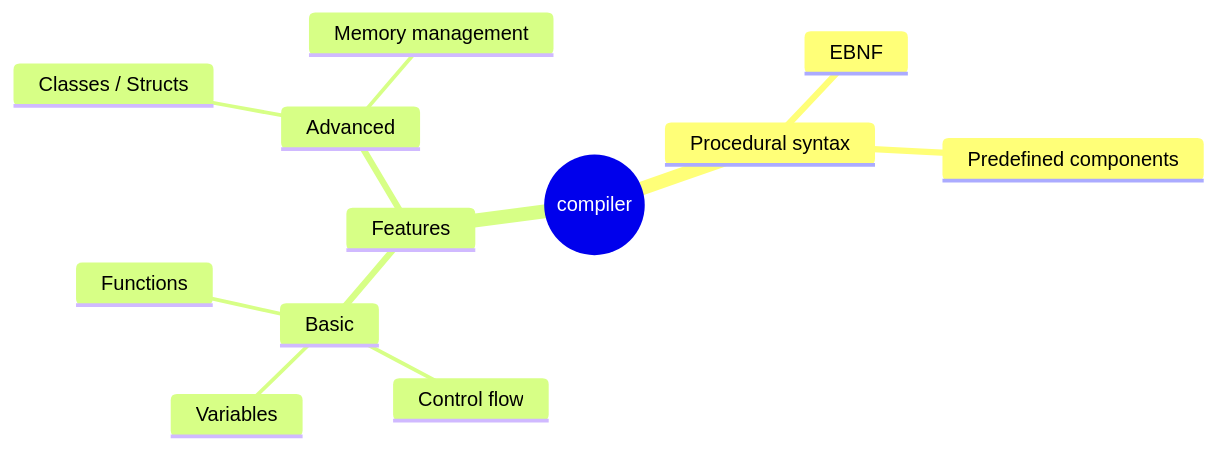
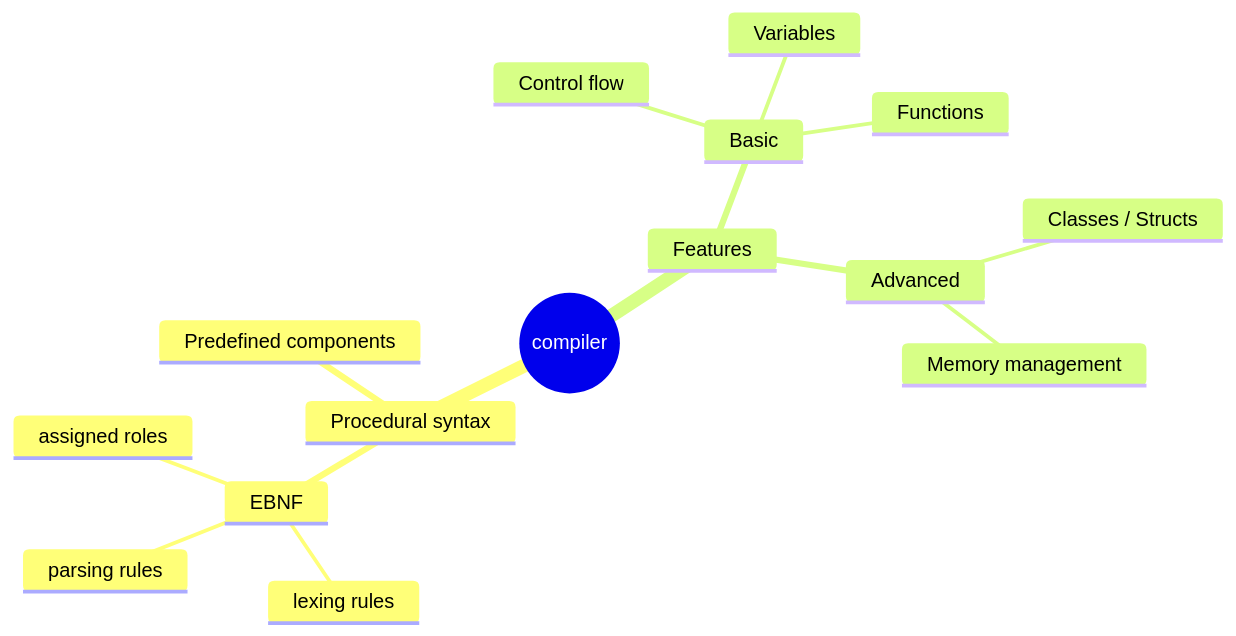
The second of 2 diagrams in README.md (abelvandenbussche/compiler), drawn with Mermaid before and after one commit.

Commit message:
Update readme mindmap diagram slightly

````diff
--- a/README.md
+++ b/README.md
@@ -26,15 +26,18 @@
 ```mermaid
 mindmap
 root((compiler))
   Procedural syntax
     EBNF
+      parsing rules
+      lexing rules
+      assigned roles
     Predefined components
   Features
     Basic
       Variables
       Control flow
       Functions
     Advanced
       Classes / Structs
       Memory management
 ```
````
